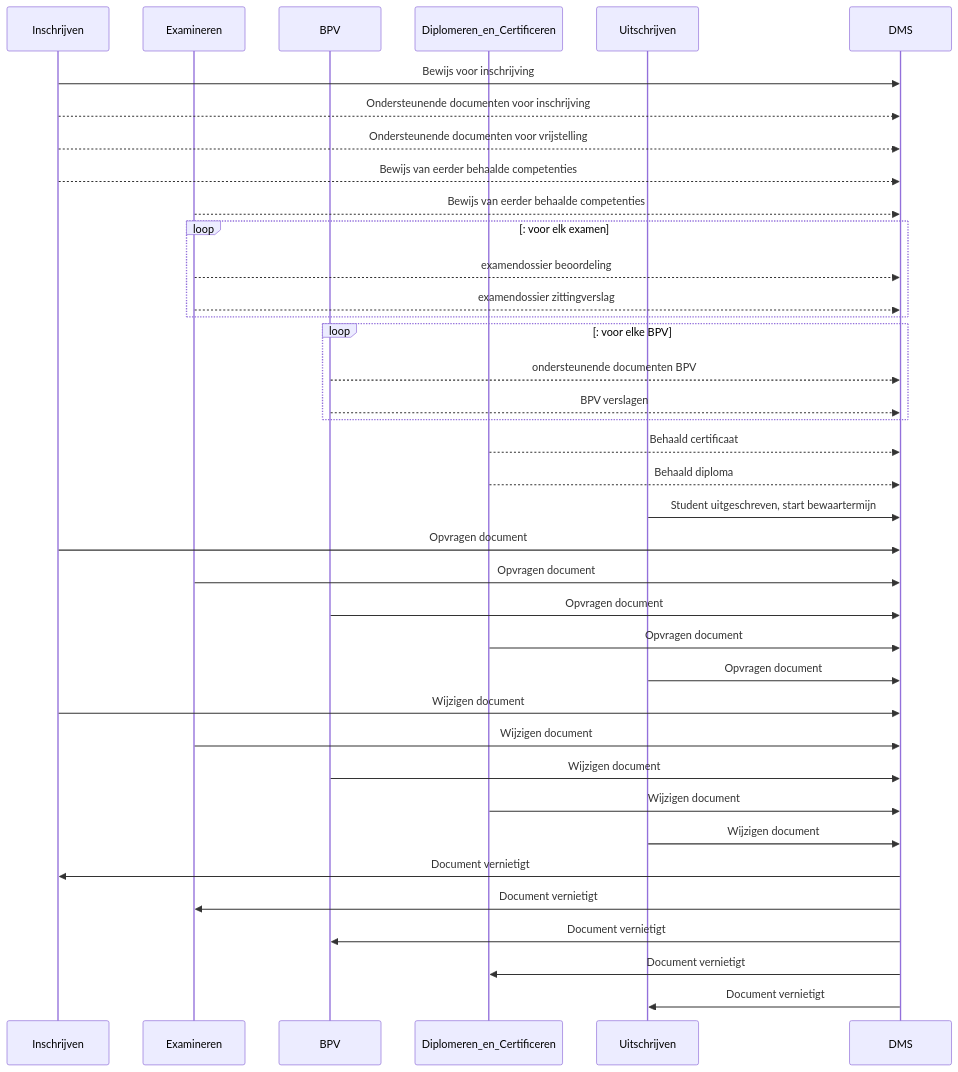
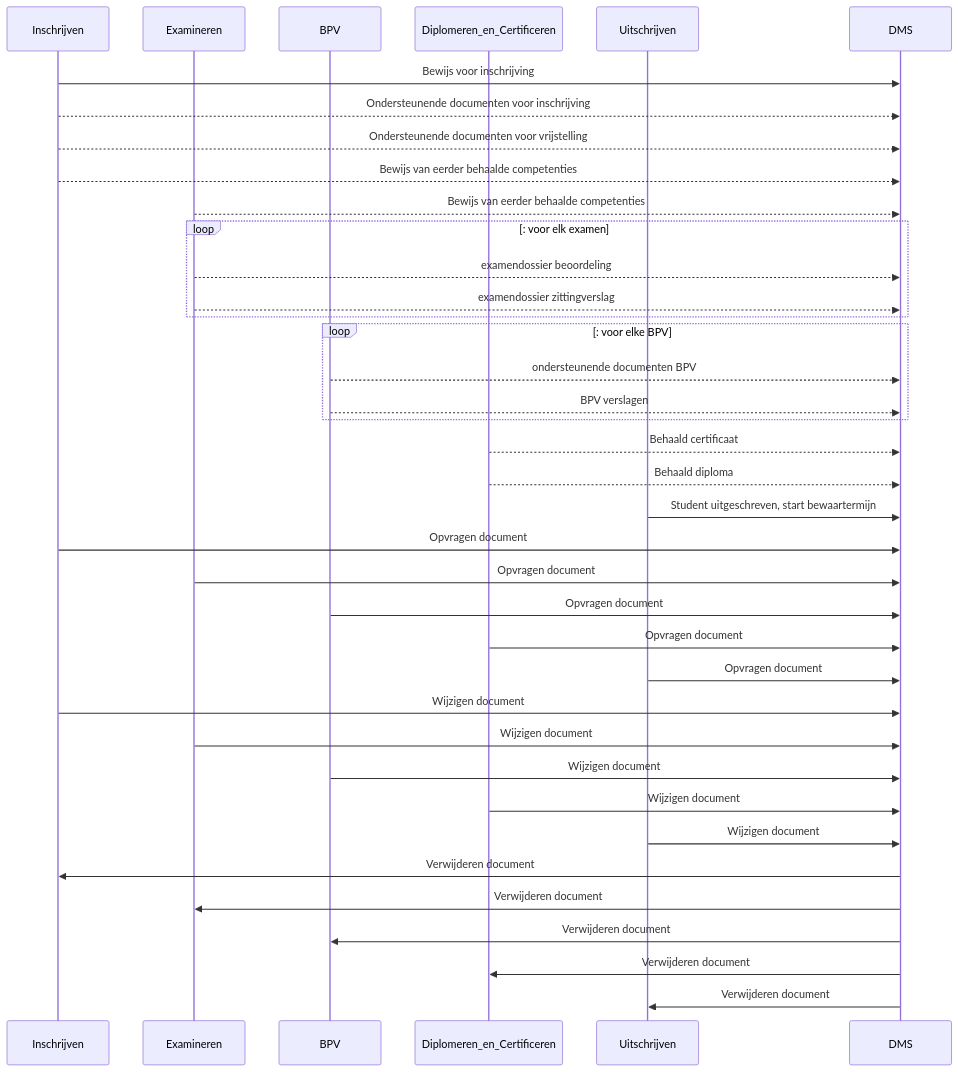
Before and after one commit to Onderwijs-Koppelingen-OKx/OKD-Document-Management: the second of 2 diagrams in README.md, drawn with Mermaid.

````diff
--- a/README.md
+++ b/README.md
@@ -65,44 +65,44 @@
 ```mermaid
 sequenceDiagram
     Participant Inschrijven
     Participant Examineren
     Participant BPV
     Participant Diplomeren_en_Certificeren
     Participant Uitschrijven
     Participant DMS
 
     Inschrijven->>DMS: Bewijs voor inschrijving
     Inschrijven-->>DMS: Ondersteunende documenten voor inschrijving
     Inschrijven-->>DMS: Ondersteunende documenten voor vrijstelling
     Inschrijven -->> DMS: Bewijs van eerder behaalde competenties
     Examineren -->> DMS: Bewijs van eerder behaalde competenties
     loop: voor elk examen
     Examineren -->> DMS: examendossier beoordeling
     Examineren -->> DMS: examendossier zittingverslag
     end
     loop: voor elke BPV
     BPV -->> DMS: ondersteunende documenten BPV
     BPV -->> DMS: BPV verslagen
     end
     Diplomeren_en_Certificeren -->> DMS: Behaald certificaat
     Diplomeren_en_Certificeren -->> DMS: Behaald diploma
     Uitschrijven ->> DMS: Student uitgeschreven, start bewaartermijn
     Inschrijven->>DMS: Opvragen document
     Examineren->>DMS: Opvragen document
     BPV->>DMS: Opvragen document
     Diplomeren_en_Certificeren->>DMS: Opvragen document
     Uitschrijven->>DMS: Opvragen document
     Inschrijven->>DMS: Wijzigen document
     Examineren->>DMS: Wijzigen document
     BPV->>DMS: Wijzigen document
     Diplomeren_en_Certificeren->>DMS: Wijzigen document
     Uitschrijven->>DMS: Wijzigen document
-    DMS ->> Inschrijven: Document vernietigt
-    DMS ->> Examineren: Document vernietigt
-    DMS ->> BPV: Document vernietigt
-    DMS ->> Diplomeren_en_Certificeren: Document vernietigt
-    DMS ->> Uitschrijven: Document vernietigt
+    DMS ->> Inschrijven: Verwijderen document
+    DMS ->> Examineren: Verwijderen document
+    DMS ->> BPV: Verwijderen document
+    DMS ->> Diplomeren_en_Certificeren: Verwijderen document
+    DMS ->> Uitschrijven: Verwijderen document
  
 
 
 ```
````
